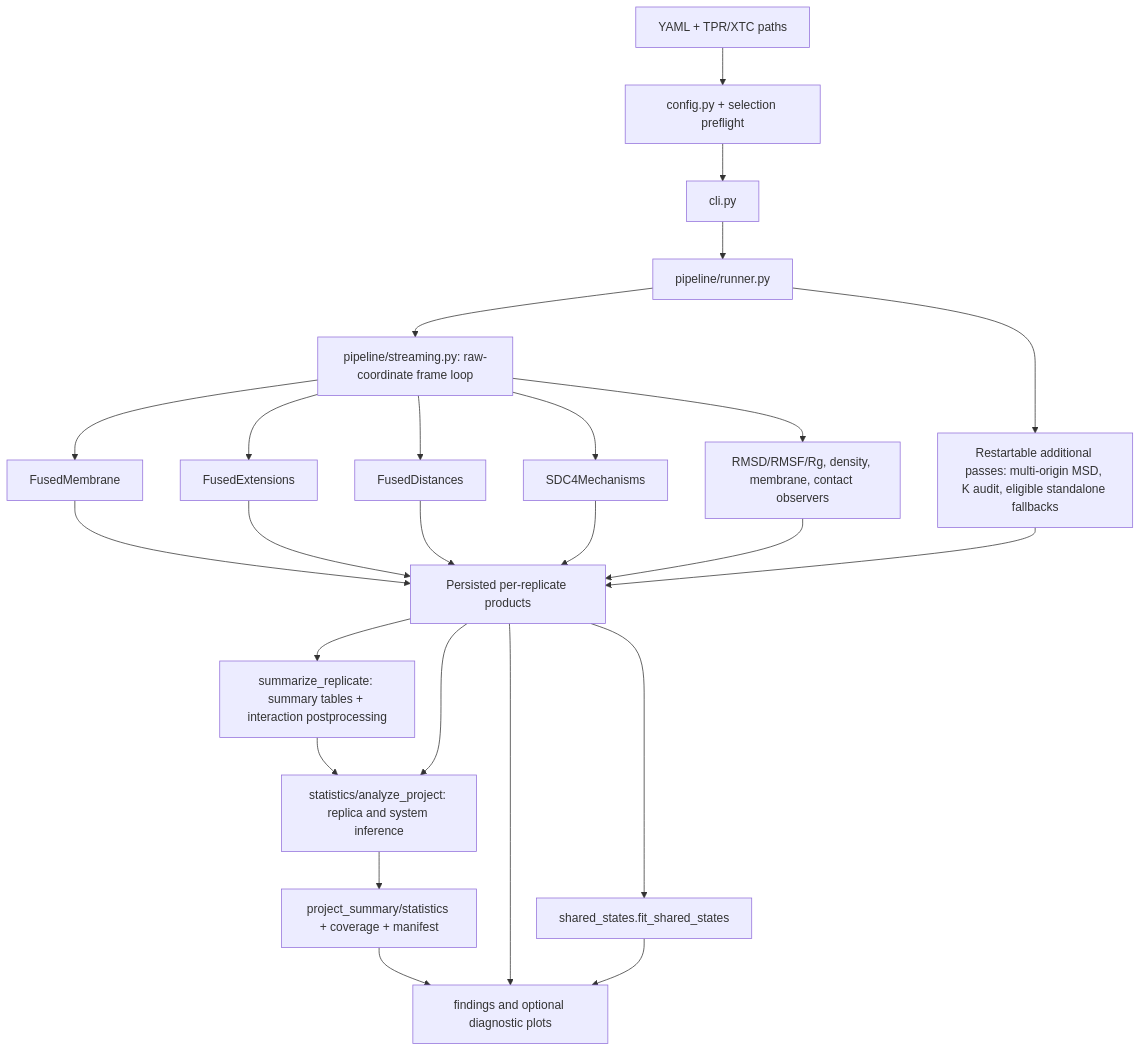
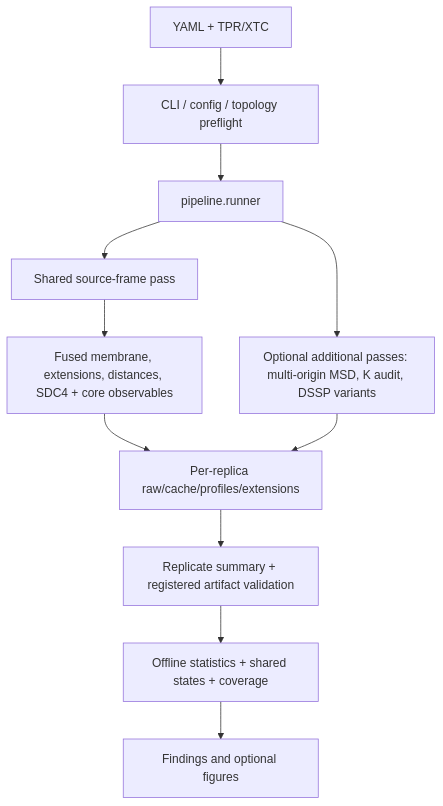
One commit to MarionQL/MDscope changed the diagram in docs/developer/architecture.md. Above: the diagram before and after it, drawn with Mermaid. The commit also changed other lines of this file and 13 other files, not shown here.

````diff
--- a/docs/developer/architecture.md
+++ b/docs/developer/architecture.md
@@ -102,27 +7,13 @@
 ```mermaid
 flowchart TD
-    YAML["YAML + TPR/XTC paths"] --> CONFIG["config.py + selection preflight"]
-    CONFIG --> CLI["cli.py"]
-    CLI --> RUNNER["pipeline/runner.py"]
-    RUNNER --> PASS["pipeline/streaming.py: raw-coordinate frame loop"]
-    PASS --> MEM["FusedMembrane"]
-    PASS --> EXT["FusedExtensions"]
-    PASS --> DIST["FusedDistances"]
-    PASS --> SDC4["SDC4Mechanisms"]
-    PASS --> BASE["RMSD/RMSF/Rg, density, membrane, contact observers"]
-    MEM --> PRODUCTS["Persisted per-replicate products"]
-    EXT --> PRODUCTS
-    DIST --> PRODUCTS
-    SDC4 --> PRODUCTS
-    BASE --> PRODUCTS
-    RUNNER --> EXTRA["Restartable additional passes: multi-origin MSD, K audit, eligible standalone fallbacks"]
-    EXTRA --> PRODUCTS
-    PRODUCTS --> SUMMARY["summarize_replicate: summary tables + interaction postprocessing"]
-    SUMMARY --> STATS["statistics/analyze_project: replica and system inference"]
-    PRODUCTS --> STATS
-    STATS --> FINAL["project_summary/statistics + coverage + manifest"]
-    FINAL --> PLOTS["findings and optional diagnostic plots"]
-    PRODUCTS --> PLOTS
-    PRODUCTS --> STATES["shared_states.fit_shared_states"]
-    STATES --> PLOTS
+    A["YAML + TPR/XTC"] --> B["CLI / config / topology preflight"]
+    B --> C["pipeline.runner"]
+    C --> D["Shared source-frame pass"]
+    D --> E["Fused membrane, extensions, distances, SDC4 + core observables"]
+    C --> F["Optional additional passes: multi-origin MSD, K audit, DSSP variants"]
+    E --> G["Per-replica raw/cache/profiles/extensions"]
+    F --> G
+    G --> H["Replicate summary + registered artifact validation"]
+    H --> I["Offline statistics + shared states + coverage"]
+    I --> J["Findings and optional figures"]
 ```
````
